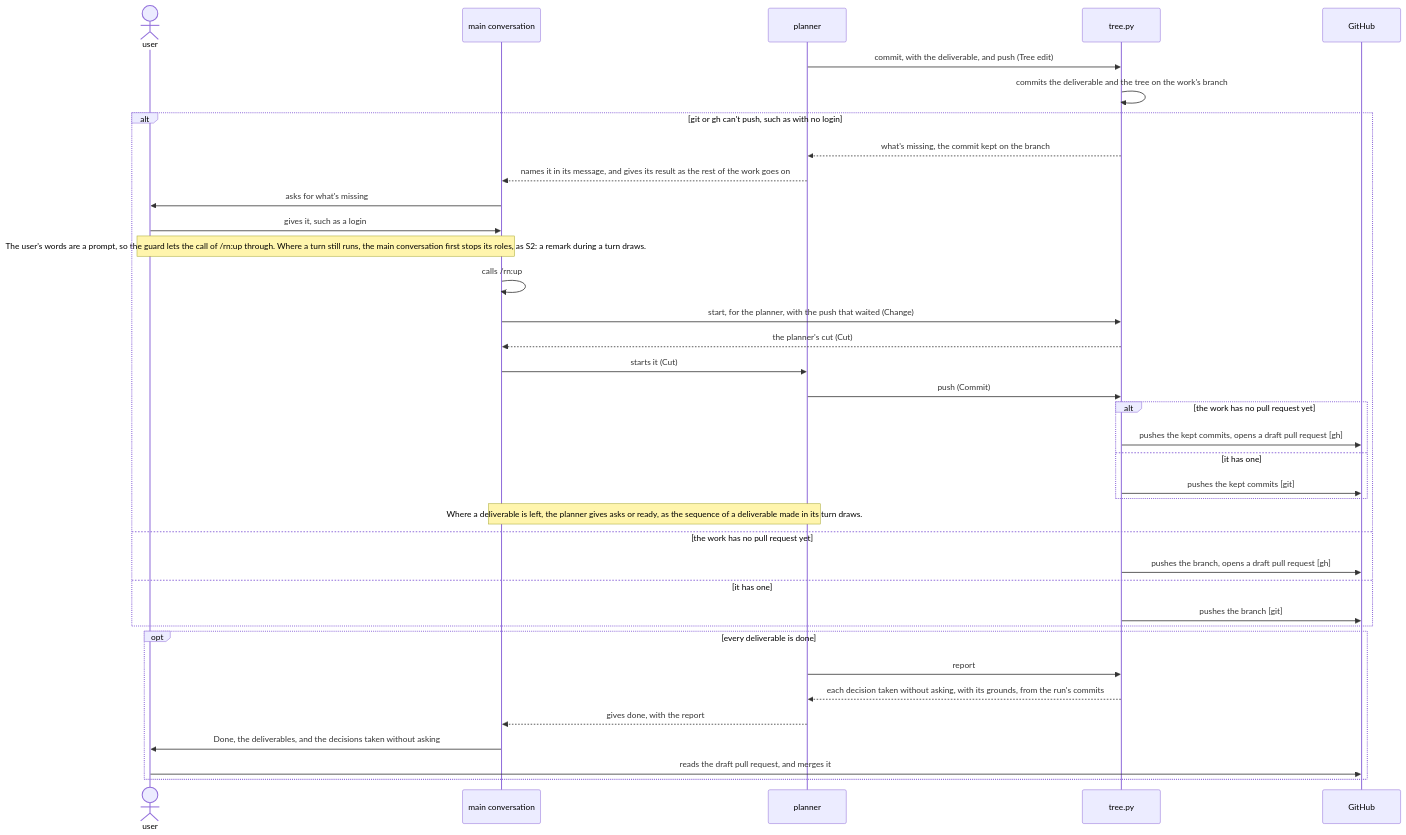
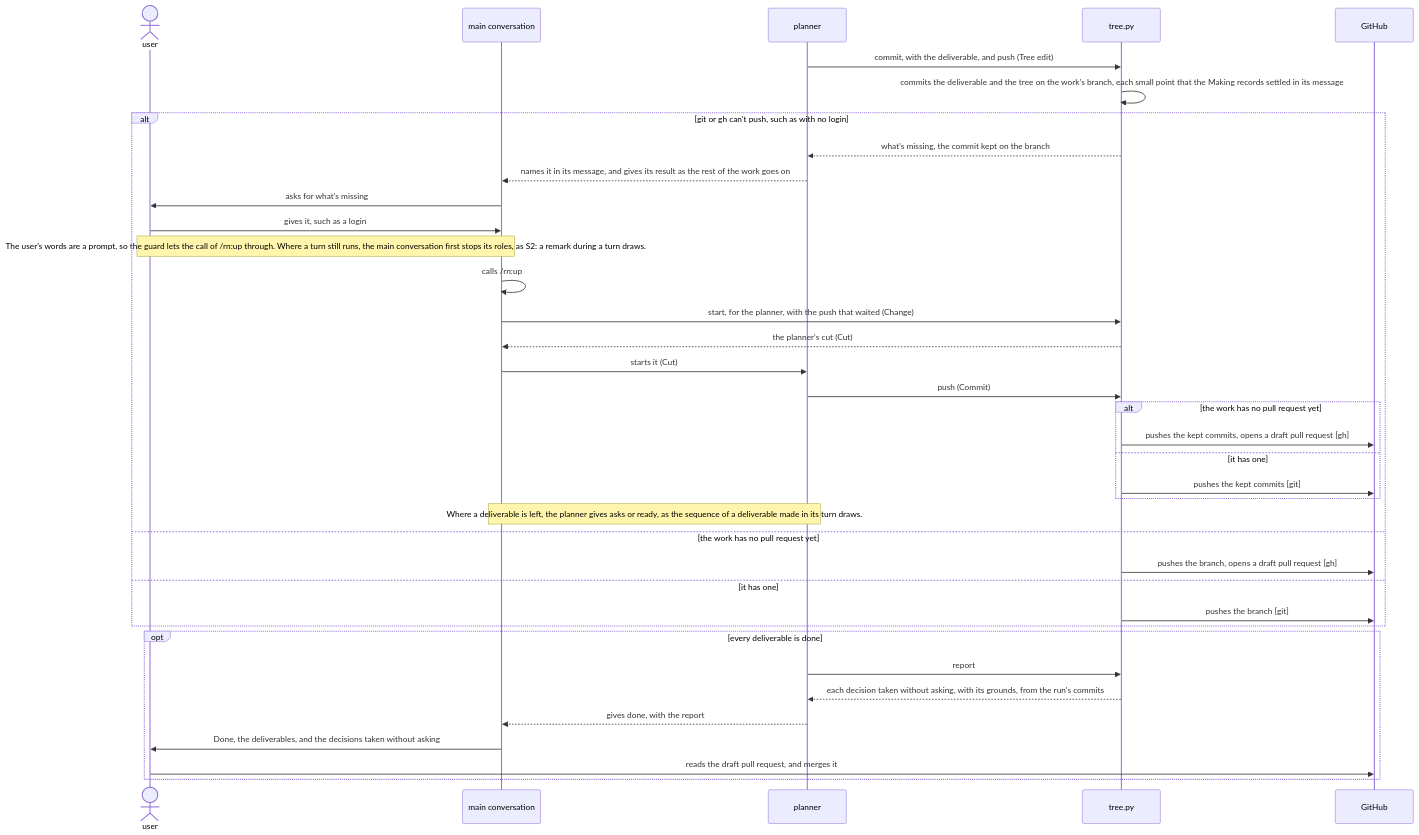
Before and after one commit to lovaizu/ccpm: the sixth of 6 diagrams in dev/rn/architecture.md, drawn with Mermaid. The commit also changed other lines of this file and 6 other files, not shown here.

````diff
--- a/dev/rn/architecture.md
+++ b/dev/rn/architecture.md
@@ -659,39 +710,39 @@
 ```mermaid
 sequenceDiagram
   actor U as user
   participant M as main conversation
   participant P as planner
   participant T as tree.py
   participant GH as GitHub
   P->>T: commit, with the deliverable, and push (Tree edit)
-  T->>T: commits the deliverable and the tree on the work's branch
+  T->>T: commits the deliverable and the tree on the work's branch, each small point that the Making records settled in its message
   alt git or gh can't push, such as with no login
     T-->>P: what's missing, the commit kept on the branch
     P-->>M: names it in its message, and gives its result as the rest of the work goes on
     M->>U: asks for what's missing
     U->>M: gives it, such as a login
     Note over U,M: The user's words are a prompt, so the guard lets the call of /rn:up through. Where a turn still runs, the main conversation first stops its roles, as S2: a remark during a turn draws.
     M->>M: calls /rn:up
     M->>T: start, for the planner, with the push that waited (Change)
     T-->>M: the planner's cut (Cut)
     M->>P: starts it (Cut)
     P->>T: push (Commit)
     alt the work has no pull request yet
       T->>GH: pushes the kept commits, opens a draft pull request [gh]
     else it has one
       T->>GH: pushes the kept commits [git]
     end
     Note over M,P: Where a deliverable is left, the planner gives asks or ready, as the sequence of a deliverable made in its turn draws.
   else the work has no pull request yet
     T->>GH: pushes the branch, opens a draft pull request [gh]
   else it has one
     T->>GH: pushes the branch [git]
   end
   opt every deliverable is done
     P->>T: report
     T-->>P: each decision taken without asking, with its grounds, from the run's commits
     P-->>M: gives done, with the report
     M->>U: Done, the deliverables, and the decisions taken without asking
     U->>GH: reads the draft pull request, and merges it
   end
 ```
````
